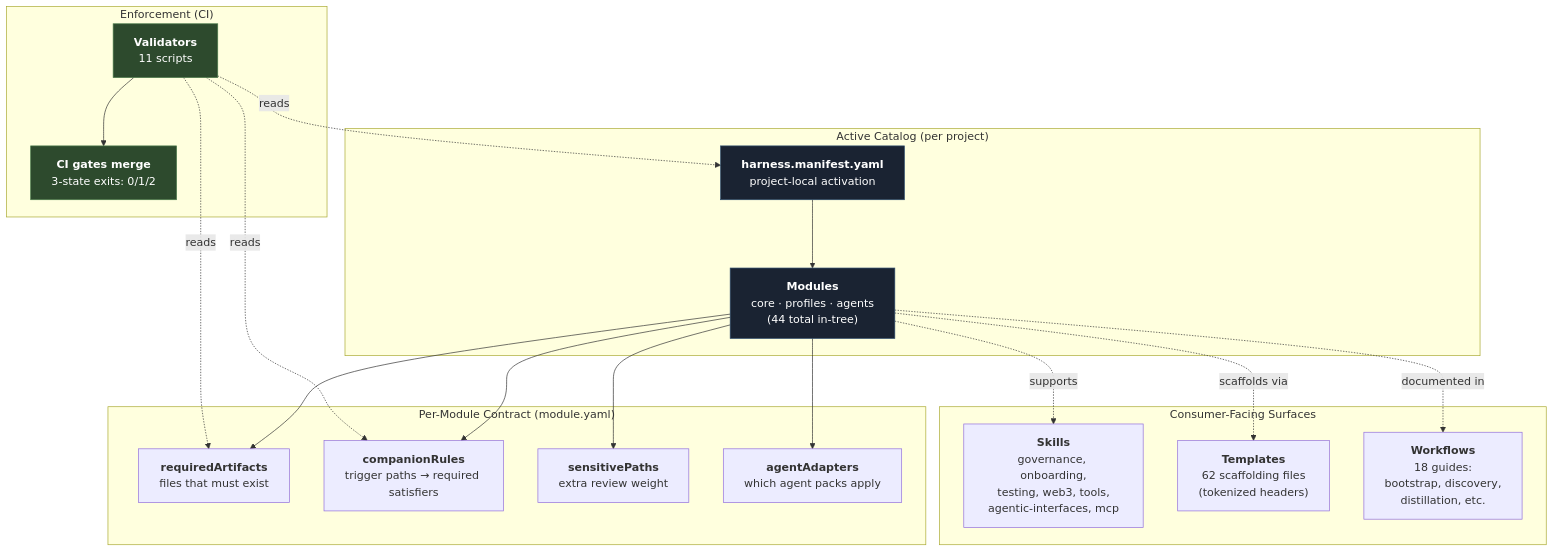
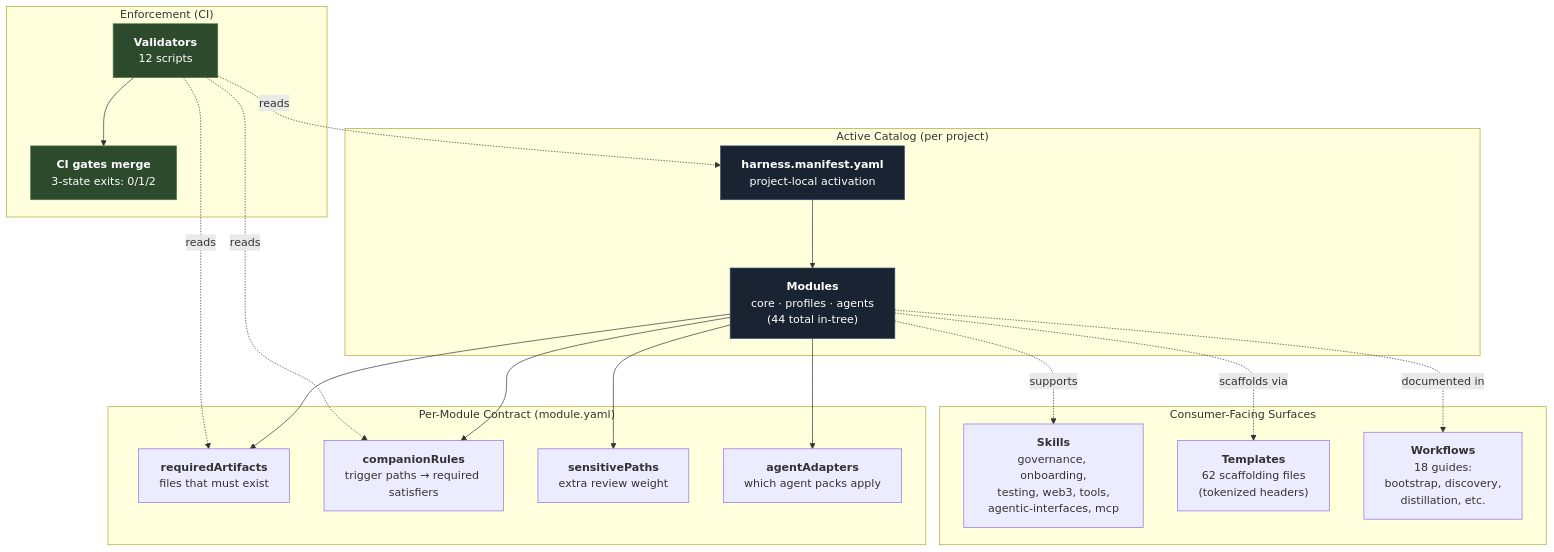
One commit to drakevonduck/auto-harness changed the first of 11 diagrams in docs/architecture/diagrams.md. Above: the diagram before and after it, drawn with Mermaid. The commit also changed 17 other files, not shown here.

````diff
--- a/docs/architecture/diagrams.md
+++ b/docs/architecture/diagrams.md
@@ -48,38 +48,38 @@
 ```mermaid
 flowchart TD
     Manifest["<b>harness.manifest.yaml</b><br/>project-local activation"]
 
     subgraph CATALOG["Active Catalog (per project)"]
         Manifest --> Modules["<b>Modules</b><br/>core · profiles · agents<br/>(44 total in-tree)"]
     end
 
     subgraph CONTRACT["Per-Module Contract (module.yaml)"]
         Modules --> Required["<b>requiredArtifacts</b><br/>files that must exist"]
         Modules --> Companions["<b>companionRules</b><br/>trigger paths → required satisfiers"]
         Modules --> Sensitive["<b>sensitivePaths</b><br/>extra review weight"]
         Modules --> Adapters["<b>agentAdapters</b><br/>which agent packs apply"]
     end
 
     subgraph ENFORCE["Enforcement (CI)"]
-        Validators["<b>Validators</b><br/>11 scripts"]
+        Validators["<b>Validators</b><br/>12 scripts"]
         Validators -.reads.-> Manifest
         Validators -.reads.-> Required
         Validators -.reads.-> Companions
         Validators --> CIGate["<b>CI gates merge</b><br/>3-state exits: 0/1/2"]
     end
 
     subgraph SURFACE["Consumer-Facing Surfaces"]
         Skills["<b>Skills</b><br/>governance, onboarding,<br/>testing, web3, tools,<br/>agentic-interfaces, mcp"]
         Templates["<b>Templates</b><br/>62 scaffolding files<br/>(tokenized headers)"]
         Workflows["<b>Workflows</b><br/>18 guides:<br/>bootstrap, discovery,<br/>distillation, etc."]
     end
 
     Modules -.supports.-> Skills
     Modules -.scaffolds via.-> Templates
     Modules -.documented in.-> Workflows
 
     style Manifest fill:#1a2332,stroke:#2c4a6b,color:#fff
     style Modules fill:#1a2332,stroke:#2c4a6b,color:#fff
     style Validators fill:#2d4a2d,stroke:#4a7a4a,color:#fff
     style CIGate fill:#2d4a2d,stroke:#4a7a4a,color:#fff
 ```
````
